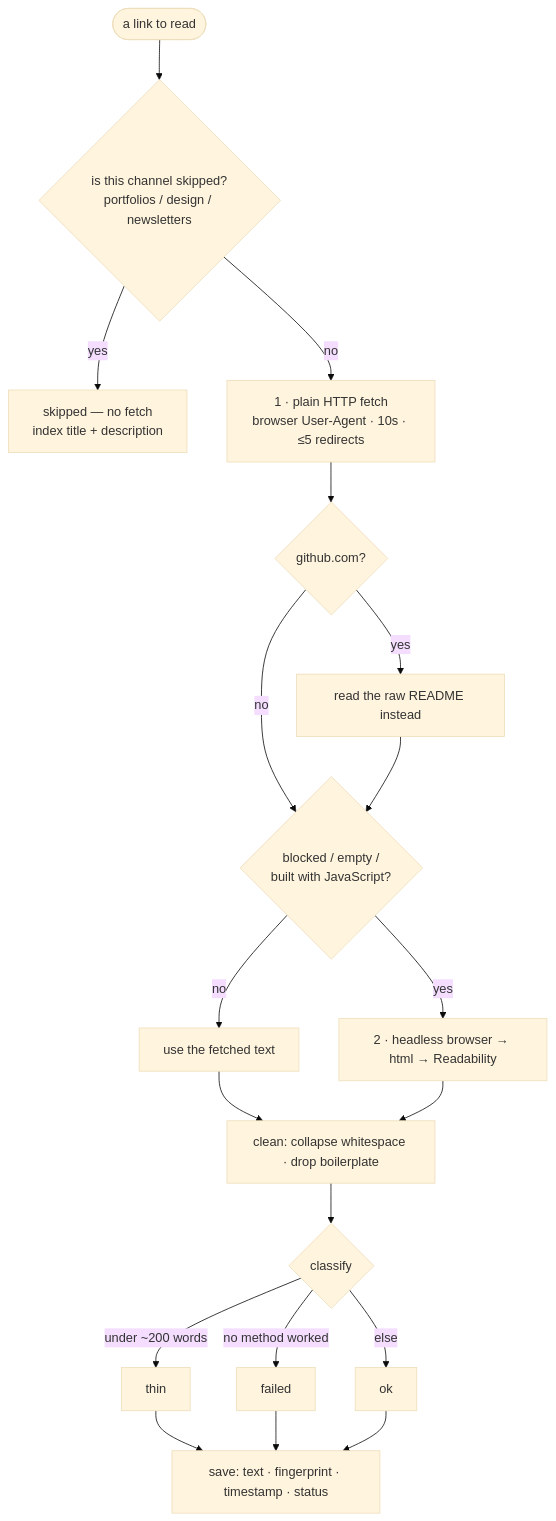
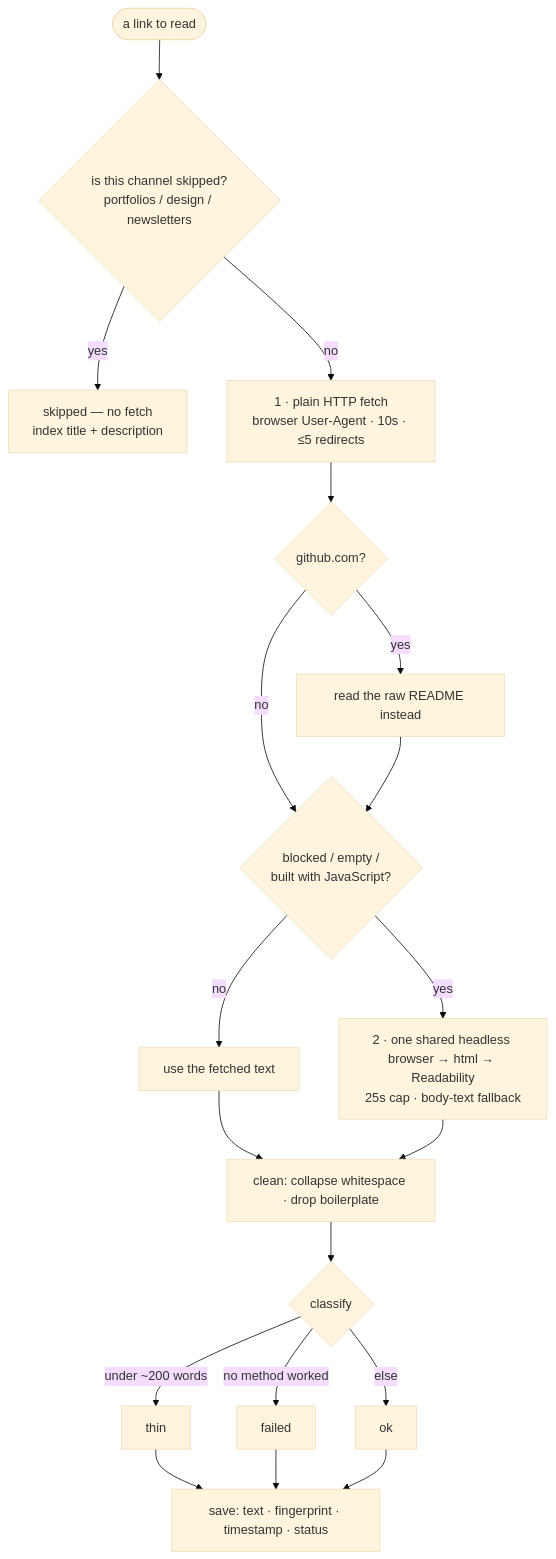
Before and after one commit to SouravInsights/souravinsights.com: the diagram in docs/kb/02-extraction.md, drawn with Mermaid (base theme). The commit also changed other lines of this file and 5 other files, not shown here.

````diff
--- a/docs/kb/02-extraction.md
+++ b/docs/kb/02-extraction.md
@@ -12,21 +12,21 @@
 ```mermaid
 flowchart TD
     A(["a link to read"]) --> B{"is this channel skipped?<br/>portfolios / design / newsletters"}
     B -->|yes| SKIP["skipped — no fetch<br/>index title + description"]
     B -->|no| FETCH["1 · plain HTTP fetch<br/>browser User-Agent · 10s · ≤5 redirects"]
     FETCH --> SPEC{"github.com?"}
     SPEC -->|yes| README["read the raw README instead"]
     SPEC -->|no| NEEDS{"blocked / empty /<br/>built with JavaScript?"}
     README --> NEEDS
     NEEDS -->|no| STATIC["use the fetched text"]
-    NEEDS -->|yes| RENDER["2 · headless browser → html → Readability"]
+    NEEDS -->|yes| RENDER["2 · one shared headless browser → html → Readability<br/>25s cap · body-text fallback"]
     STATIC --> CLEAN["clean: collapse whitespace · drop boilerplate"]
     RENDER --> CLEAN
     CLEAN --> CLS{"classify"}
     CLS -->|"under ~200 words"| THIN["thin"]
     CLS -->|"no method worked"| FAIL["failed"]
     CLS -->|else| OK["ok"]
     THIN --> SAVE["save: text · fingerprint · timestamp · status"]
     FAIL --> SAVE
     OK --> SAVE
 ```
````
